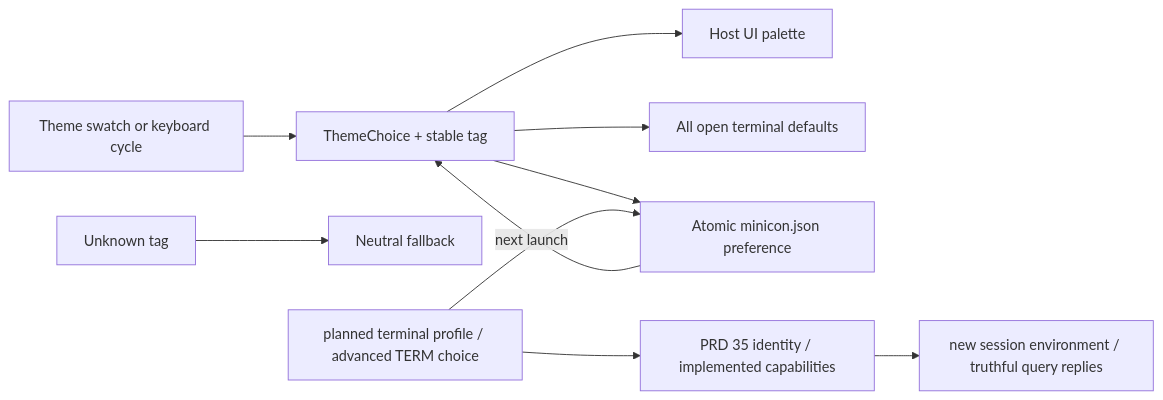
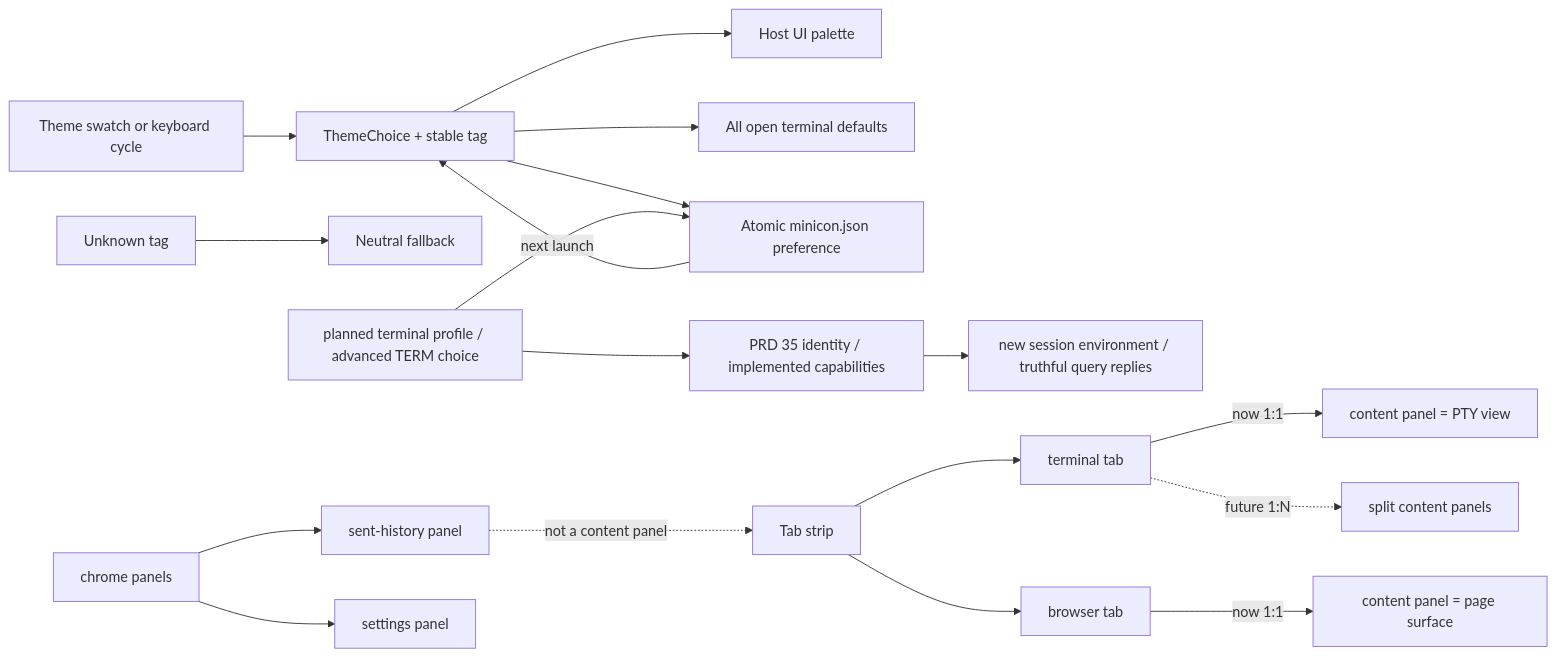
Before and after one commit to partnernetsoftware/minicon: the first of 2 diagrams in prd/PRD_02_25_con_workspace.md, drawn with Mermaid. The commit also changed other lines of this file and 3 other files, not shown here.

First line of the commit message:
docs(prd): adjudicate Tab vs content panel vs chrome panel

````diff
--- a/prd/PRD_02_25_con_workspace.md
+++ b/prd/PRD_02_25_con_workspace.md
@@ -45,12 +50,20 @@
 ```mermaid
 flowchart LR
     Choice["Theme swatch or keyboard cycle"] --> T["ThemeChoice + stable tag"]
     T --> Host["Host UI palette"]
     T --> Tabs["All open terminal defaults"]
     T --> Save["Atomic minicon.json preference"]
     Save -->|next launch| T
     Bad["Unknown tag"] --> Default["Neutral fallback"]
     Term["planned terminal profile / advanced TERM choice"] --> Contract["PRD 35 identity / implemented capabilities"]
     Contract --> Spawn["new session environment / truthful query replies"]
     Term --> Save
+    Strip["Tab strip"] --> TermTab["terminal tab"]
+    Strip --> BrTab["browser tab"]
+    TermTab -->|"now 1:1"| TermCP["content panel = PTY view"]
+    BrTab -->|"now 1:1"| BrCP["content panel = page surface"]
+    TermTab -.->|"future 1:N"| Multi["split content panels"]
+    Chrome["chrome panels"] --> Hist["sent-history panel"]
+    Chrome --> Sett["settings panel"]
+    Hist -.->|"not a content panel"| Strip
 ```
````
